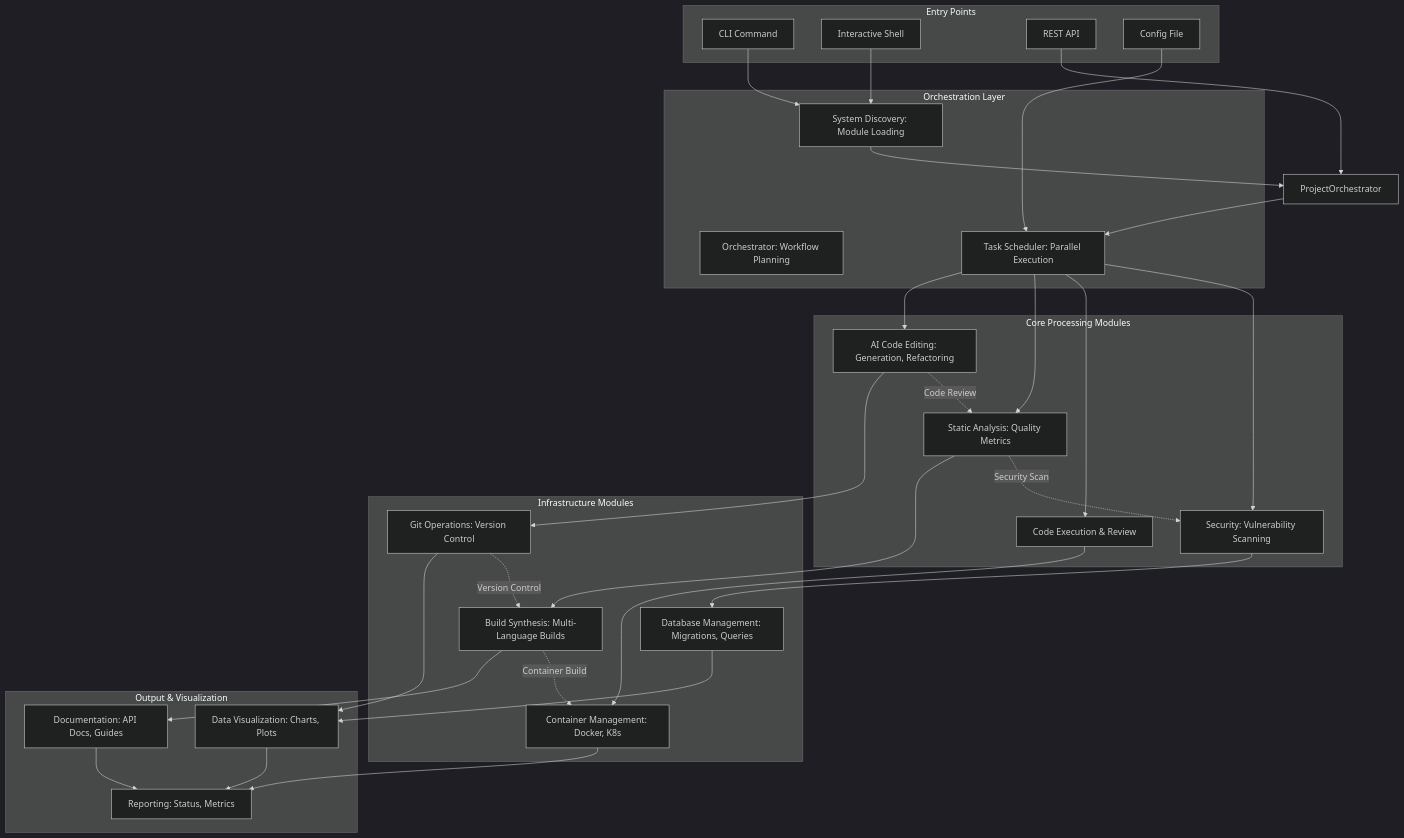
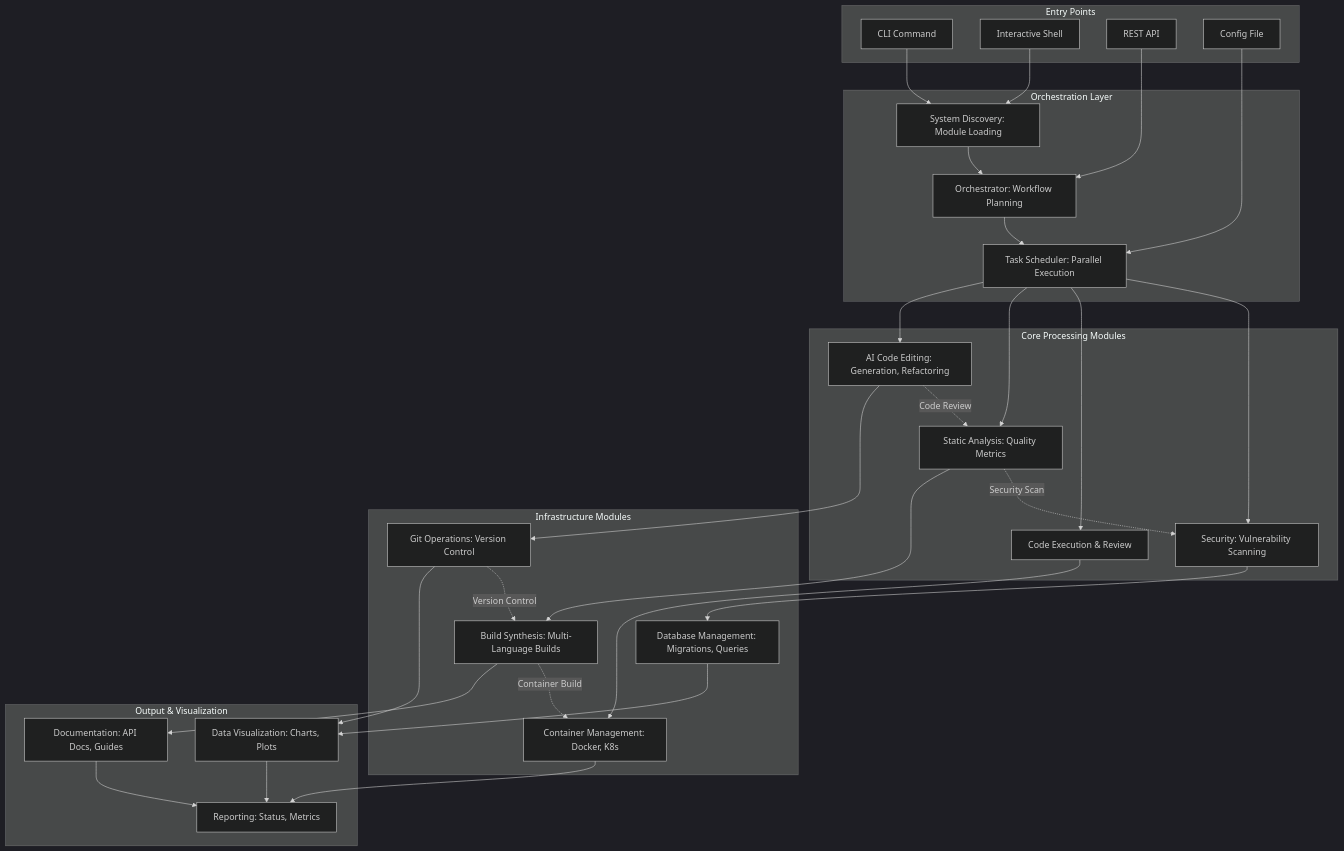
Before and after one commit to docxology/codomyrmex: the ninth of 12 diagrams in README.md, drawn with Mermaid (dark theme). The commit also changed other lines of this file and 501 other files, not shown here.

````diff
--- a/README.md
+++ b/README.md
@@ -1170,67 +1219,67 @@
 ```mermaid
 graph TD
     subgraph entryPoints ["Entry Points"]
         CLI["CLI Command"]
         InteractiveShell["Interactive Shell"]
         APIEndpoint["REST API"]
         ConfigFile["Config File"]
     end
 
     subgraph orchestrationLayer ["Orchestration Layer"]
         SystemDiscovery["System Discovery: Module Loading"]
         Orchestrator["Orchestrator: Workflow Planning"]
         TaskScheduler["Task Scheduler: Parallel Execution"]
     end
 
     subgraph coreProcessing ["Core Processing Modules"]
         AICode["AI Code Editing: Generation, Refactoring"]
         StaticAnalysis["Static Analysis: Quality Metrics"]
         Code["Code Execution & Review"]
         Security["Security: Vulnerability Scanning"]
     end
 
     subgraph infrastructureModules ["Infrastructure Modules"]
         GitOps["Git Operations: Version Control"]
         BuildSynth["Build Synthesis: Multi-Language Builds"]
         ContainerMgmt["Container Management: Docker, K8s"]
         DatabaseMgmt["Database Management: Migrations, Queries"]
     end
 
     subgraph outputVisualization ["Output & Visualization"]
         DataVisualization["Data Visualization: Charts, Plots"]
         Documentation["Documentation: API Docs, Guides"]
         Reporting["Reporting: Status, Metrics"]
     end
 
     CLI --> SystemDiscovery
     InteractiveShell --> SystemDiscovery
-    APIEndpoint --> ProjectOrchestrator
+    APIEndpoint --> Orchestrator
     ConfigFile --> TaskScheduler
 
-    SystemDiscovery --> ProjectOrchestrator
-    ProjectOrchestrator --> TaskScheduler
+    SystemDiscovery --> Orchestrator
+    Orchestrator --> TaskScheduler
 
     TaskScheduler --> AICode
     TaskScheduler --> StaticAnalysis
     TaskScheduler --> Code
     TaskScheduler --> Security
 
     AICode --> GitOps
     StaticAnalysis --> BuildSynth
     Code --> ContainerMgmt
     Security --> DatabaseMgmt
 
     GitOps --> DataVisualization
     BuildSynth --> Documentation
     ContainerMgmt --> Reporting
     DatabaseMgmt --> DataVisualization
 
     DataVisualization --> Reporting
     Documentation --> Reporting
 
     %% Cross-module dependencies
     AICode -.->|"Code Review"| StaticAnalysis
     StaticAnalysis -.->|"Security Scan"| Security
     BuildSynth -.->|"Container Build"| ContainerMgmt
     GitOps -.->|"Version Control"| BuildSynth
 ```
````
